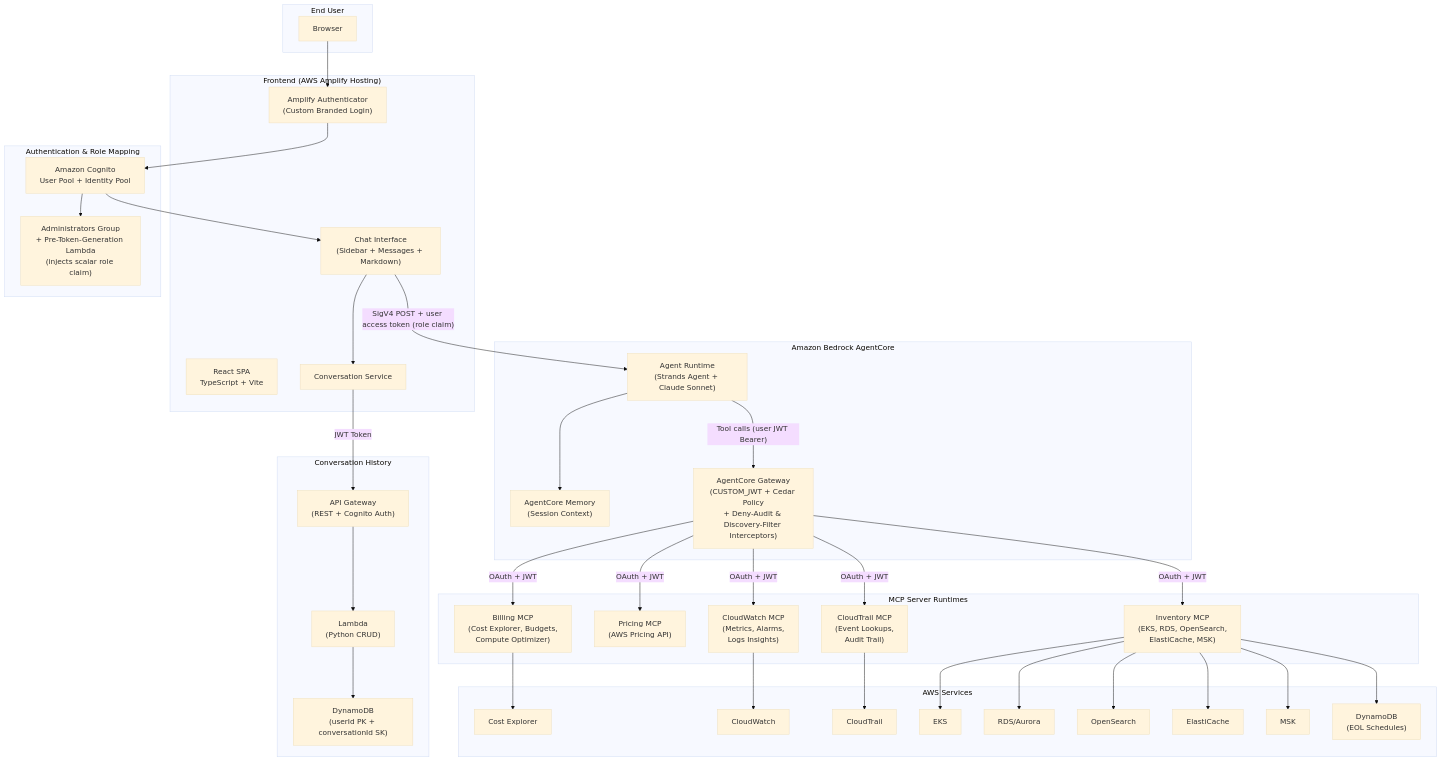
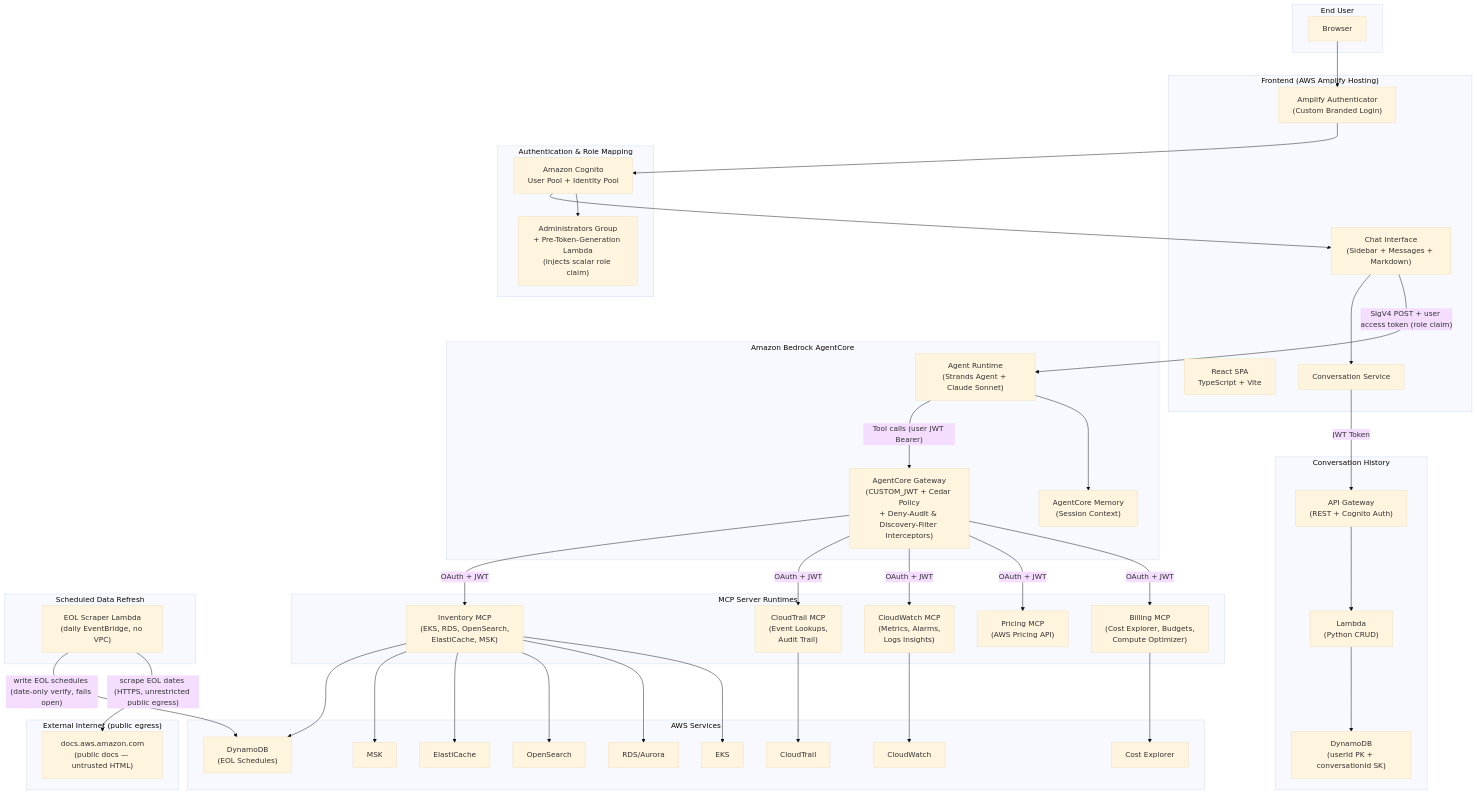
The first of 2 diagrams in README.md (mnipon/sample-cloudops-agent-amazon-bedrock-agentcore), drawn with Mermaid (base theme) before and after one commit. The commit also changed other lines of this file, not shown here.

First line of the commit message:
docs(README): document network posture and EOL external-data path

````diff
--- a/README.md
+++ b/README.md
@@ -64,6 +64,14 @@
         EOLTable["DynamoDB<br/>(EOL Schedules)"]
     end
 
+    subgraph Scheduled["Scheduled Data Refresh"]
+        EolScraper["EOL Scraper Lambda<br/>(daily EventBridge, no VPC)"]
+    end
+
+    subgraph ExternalNet["External Internet (public egress)"]
+        Docs["docs.aws.amazon.com<br/>(public docs — untrusted HTML)"]
+    end
+
     Browser --> AuthUI
     AuthUI --> Cognito
     Cognito --> AdminGroup
@@ -91,4 +99,7 @@
     Inventory --> EC
     Inventory --> MSK
     Inventory --> EOLTable
+
+    EolScraper -->|"scrape EOL dates (HTTPS, unrestricted public egress)"| Docs
+    EolScraper -->|"write EOL schedules (date-only verify, fails open)"| EOLTable
 ```
````
